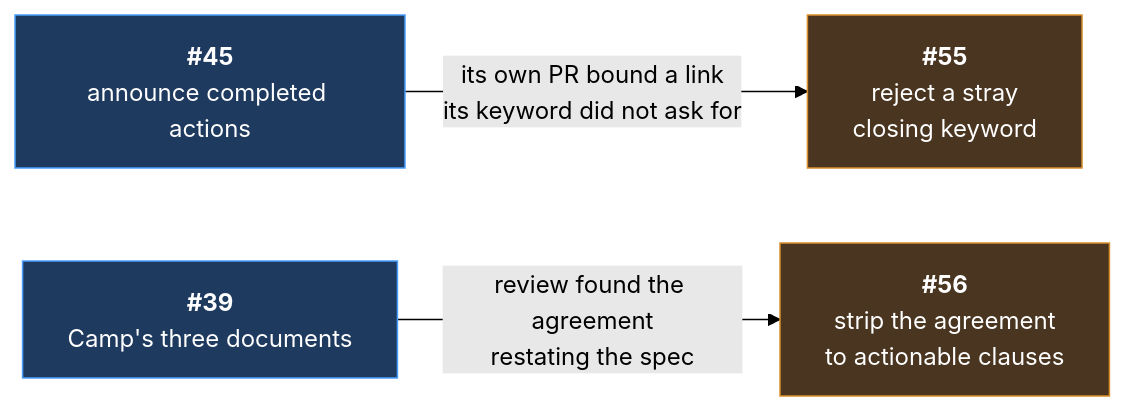
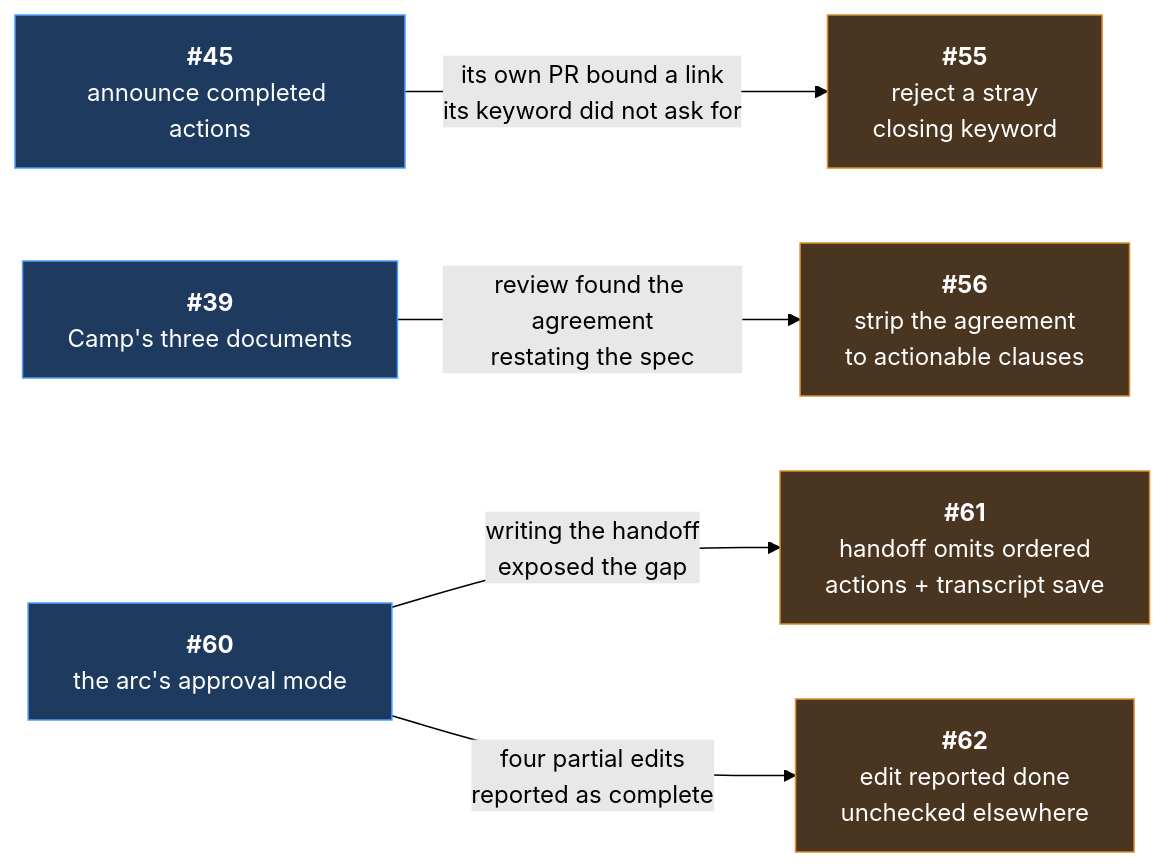
The second of 3 diagrams in docs/arc-log/arc-03-camp.md (Calyx-Engineering/arc), drawn with Mermaid (forest theme) before and after one commit. The commit also changed other lines of this file, not shown here.

First line of the commit message:
docs: state the arc's approval mode and where a window breaks (#60)

````diff
--- a/docs/arc-log/arc-03-camp.md
+++ b/docs/arc-log/arc-03-camp.md
@@ -133,9 +135,11 @@
 ```mermaid
 flowchart LR
     I45["<b>#45</b><br/>announce completed actions"] -->|"its own PR bound a link<br/>its keyword did not ask for"| I55["<b>#55</b><br/>reject a stray<br/>closing keyword"]
     I39["<b>#39</b><br/>Camp's three documents"] -->|"review found the agreement<br/>restating the spec"| I56["<b>#56</b><br/>strip the agreement<br/>to actionable clauses"]
+    I60["<b>#60</b><br/>the arc's approval mode"] -->|"writing the handoff<br/>exposed the gap"| I61["<b>#61</b><br/>handoff omits ordered<br/>actions + transcript save"]
+    I60 -->|"four partial edits<br/>reported as complete"| I62["<b>#62</b><br/>edit reported done<br/>unchecked elsewhere"]
     classDef p fill:#1e3a5f,stroke:#4a9eff,color:#fff
     classDef c fill:#4a3520,stroke:#d98f2b,color:#fff
-    class I45,I39 p
-    class I55,I56 c
+    class I45,I39,I60 p
+    class I55,I56,I61,I62 c
 ```
````
